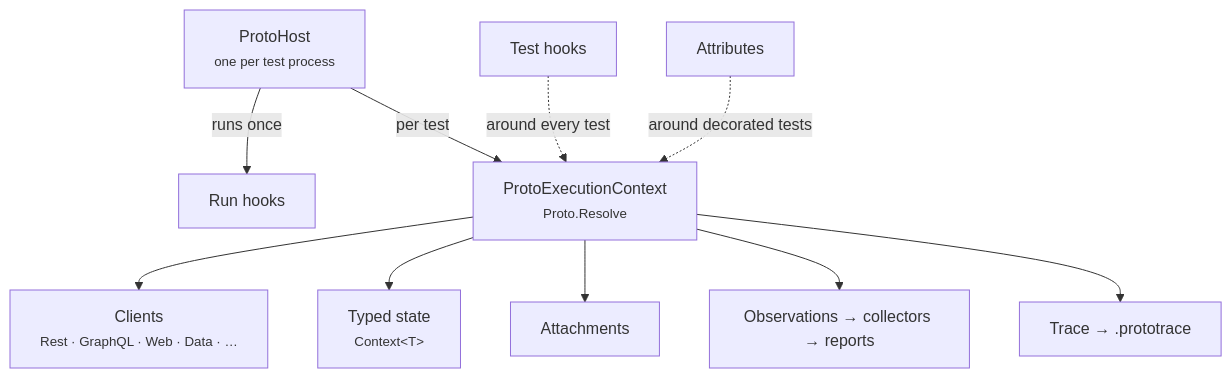
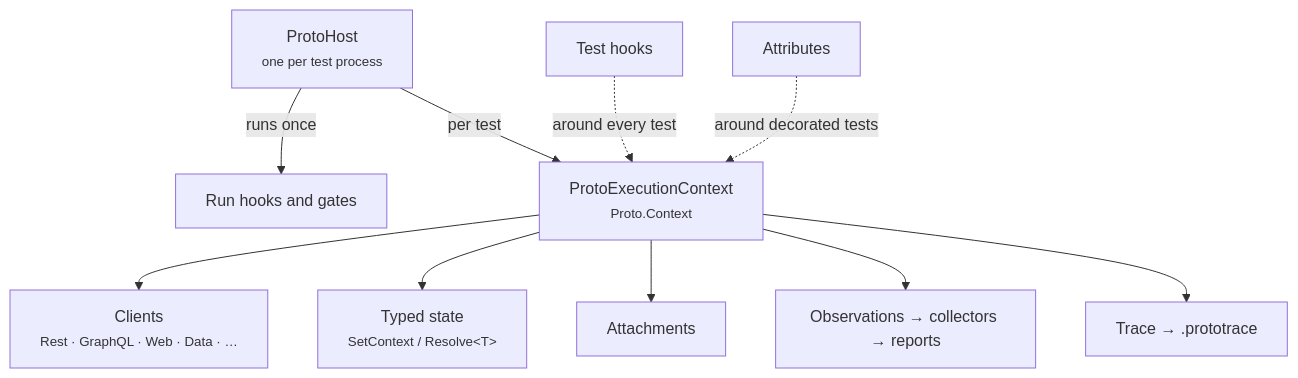
The diagram in docs/docs/foundation/overview.md (MSeys/ProtoTest), drawn with Mermaid before and after one commit. The commit also changed other lines of this file and 62 other files, not shown here.

````diff
--- a/docs/docs/foundation/overview.md
+++ b/docs/docs/foundation/overview.md
@@ -11,13 +11,13 @@
 ```mermaid
 flowchart TB
     Host["ProtoHost<br/><small>one per test process</small>"]
-    Host -->|runs once| RunHooks["Run hooks"]
-    Host -->|per test| Context["ProtoExecutionContext<br/><small>Proto.Resolve</small>"]
+    Host -->|runs once| RunHooks["Run hooks and gates"]
+    Host -->|per test| Context["ProtoExecutionContext<br/><small>Proto.Context</small>"]
     Context --> Clients["Clients<br/><small>Rest · GraphQL · Web · Data · …</small>"]
-    Context --> State["Typed state<br/><small>Context&lt;T&gt;</small>"]
+    Context --> State["Typed state<br/><small>SetContext / Resolve&lt;T&gt;</small>"]
     Context --> Attachments["Attachments"]
     Context --> Observations["Observations → collectors → reports"]
     Context --> Trace["Trace → .prototrace"]
     TestHooks["Test hooks"] -.around every test.-> Context
     Attributes["Attributes"] -.around decorated tests.-> Context
 ```
````
